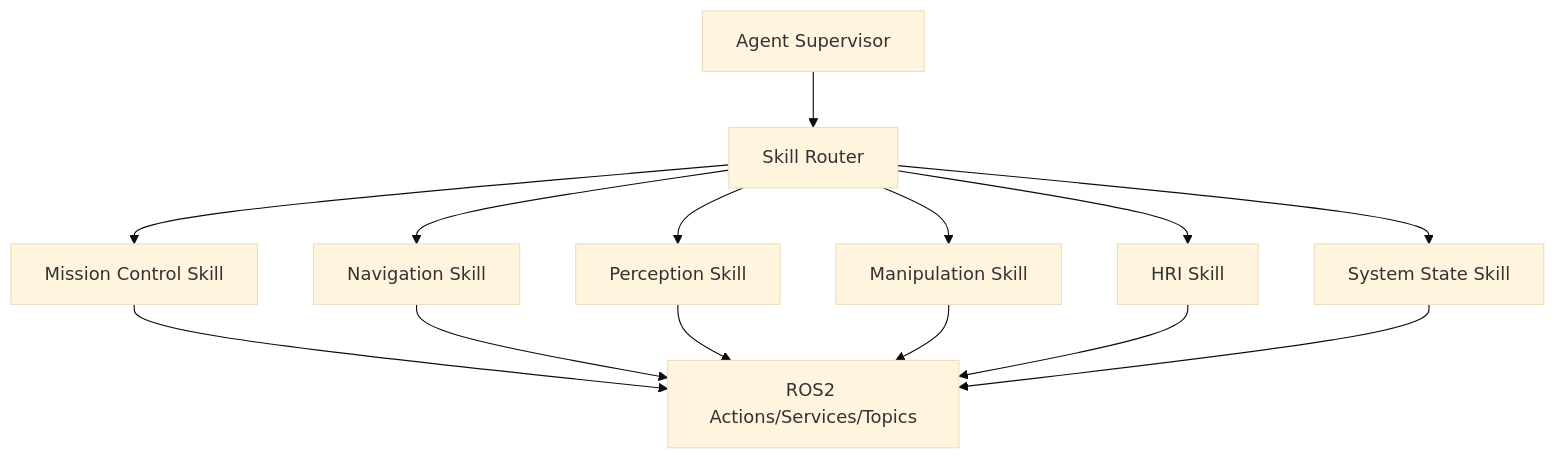
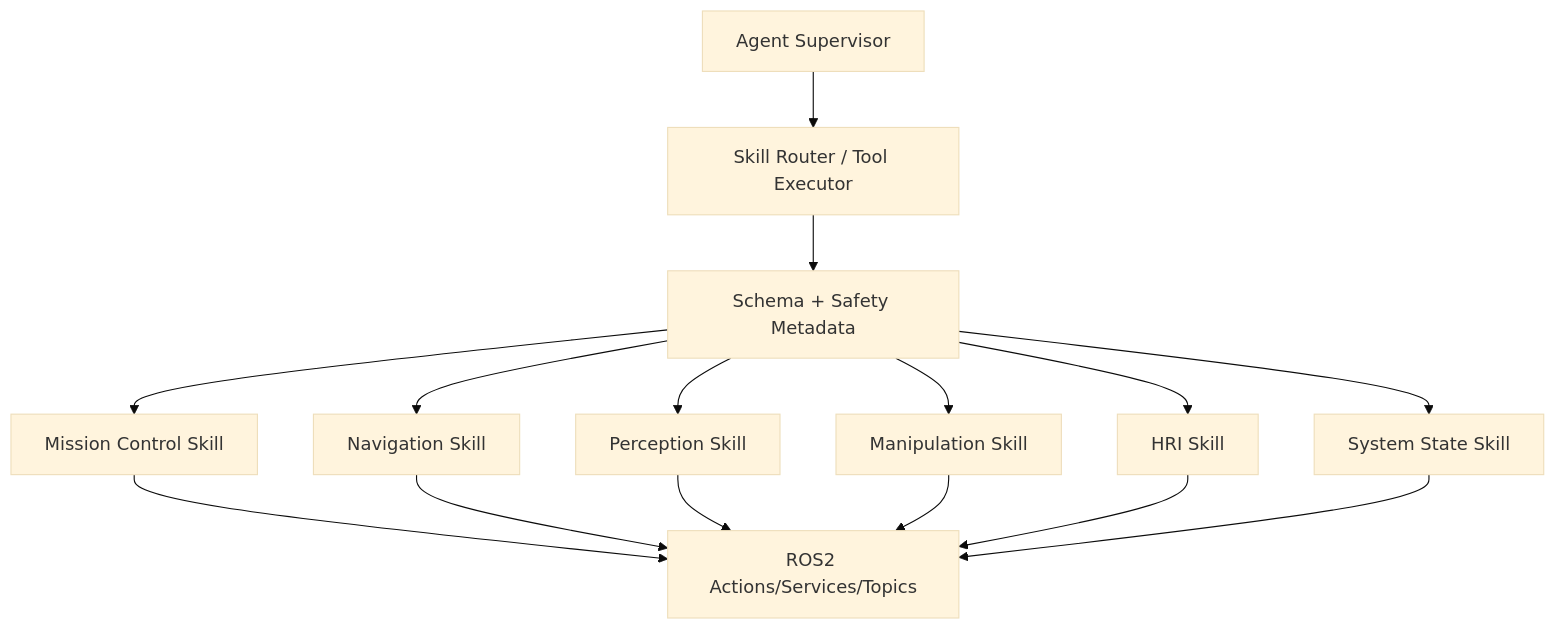
One commit to terrense/ros2-multimodal-robot-collab changed the diagram in docs/agent_skills.md. Above: the diagram before and after it, drawn with Mermaid (base theme). The commit also changed other lines of this file and 10 other files, not shown here.

First line of the commit message:
Add ros_tool_executor and update skill schemas

````diff
--- a/docs/agent_skills.md
+++ b/docs/agent_skills.md
@@ -14,16 +14,17 @@
 ```mermaid
 flowchart TD
-  planner["Agent Supervisor"] --> router["Skill Router"]
-  router --> mission["Mission Control Skill"]
-  router --> nav["Navigation Skill"]
-  router --> perception["Perception Skill"]
-  router --> arm["Manipulation Skill"]
-  router --> hri["HRI Skill"]
-  router --> state["System State Skill"]
+  planner["Agent Supervisor"] --> router["Skill Router / Tool Executor"]
+  router --> validate["Schema + Safety Metadata"]
+  validate --> mission["Mission Control Skill"]
+  validate --> nav["Navigation Skill"]
+  validate --> perception["Perception Skill"]
+  validate --> arm["Manipulation Skill"]
+  validate --> hri["HRI Skill"]
+  validate --> state["System State Skill"]
   mission --> ros["ROS2 Actions/Services/Topics"]
   nav --> ros
   perception --> ros
   arm --> ros
   hri --> ros
   state --> ros
 ```
````
